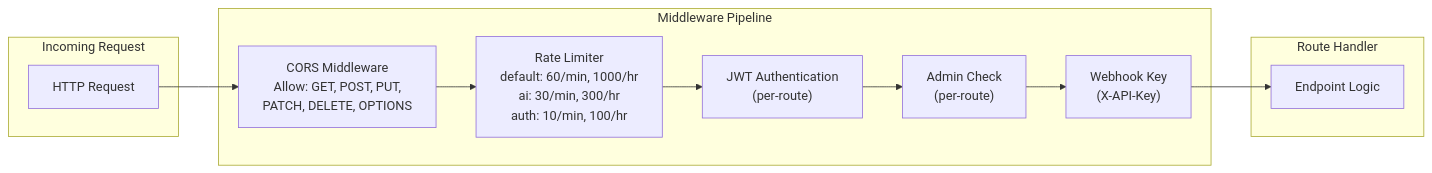
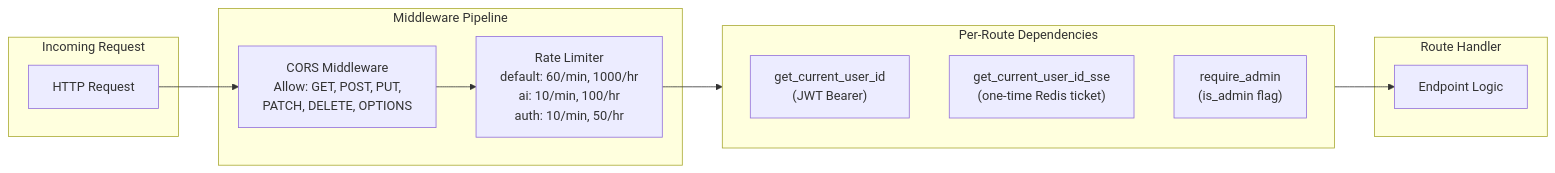
Before and after one commit to Sungchunn/AI-Resume-Tailor: diagram 12 of 33 in docs/architecture/system-architecture.md, drawn with Mermaid. The commit also changed other lines of this file, not shown here.

First line of the commit message:
docs: Refresh system-architecture to match current codebase

````diff
--- a/docs/architecture/system-architecture.md
+++ b/docs/architecture/system-architecture.md
@@ -653,20 +719,23 @@
 ```mermaid
 flowchart LR
     subgraph Request["Incoming Request"]
         Req["HTTP Request"]
     end
 
     subgraph Middleware["Middleware Pipeline"]
         CORS["CORS Middleware<br/>Allow: GET, POST, PUT,<br/>PATCH, DELETE, OPTIONS"]
-        RateLimit["Rate Limiter<br/>default: 60/min, 1000/hr<br/>ai: 30/min, 300/hr<br/>auth: 10/min, 100/hr"]
-        JWTAuth["JWT Authentication<br/>(per-route)"]
-        AdminCheck["Admin Check<br/>(per-route)"]
-        WebhookKey["Webhook Key<br/>(X-API-Key)"]
+        RateLimit["Rate Limiter<br/>default: 60/min, 1000/hr<br/>ai: 10/min, 100/hr<br/>auth: 10/min, 50/hr"]
+    end
+
+    subgraph Deps["Per-Route Dependencies"]
+        JWTAuth["get_current_user_id<br/>(JWT Bearer)"]
+        SSETicket["get_current_user_id_sse<br/>(one-time Redis ticket)"]
+        AdminCheck["require_admin<br/>(is_admin flag)"]
     end
 
     subgraph Handler["Route Handler"]
         Route["Endpoint Logic"]
     end
 
-    Req --> CORS --> RateLimit --> JWTAuth --> AdminCheck --> WebhookKey --> Route
+    Req --> CORS --> RateLimit --> Deps --> Route
 ```
````
